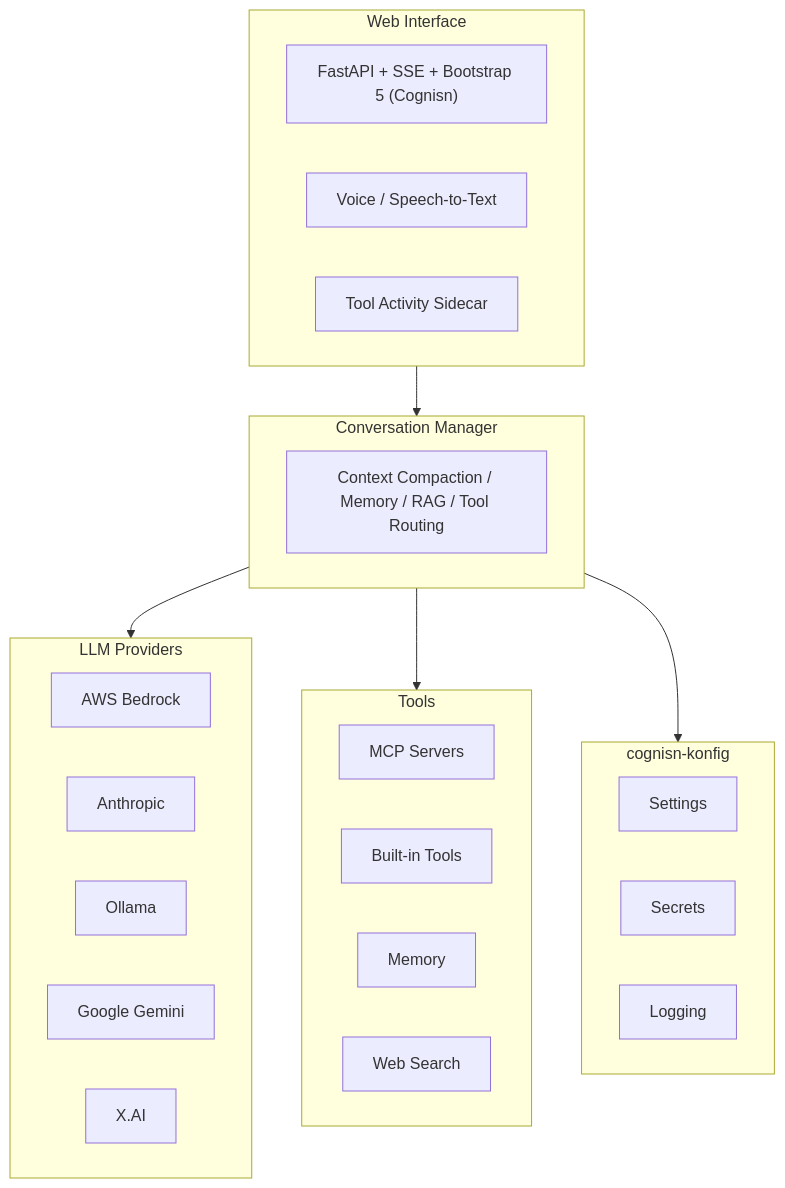
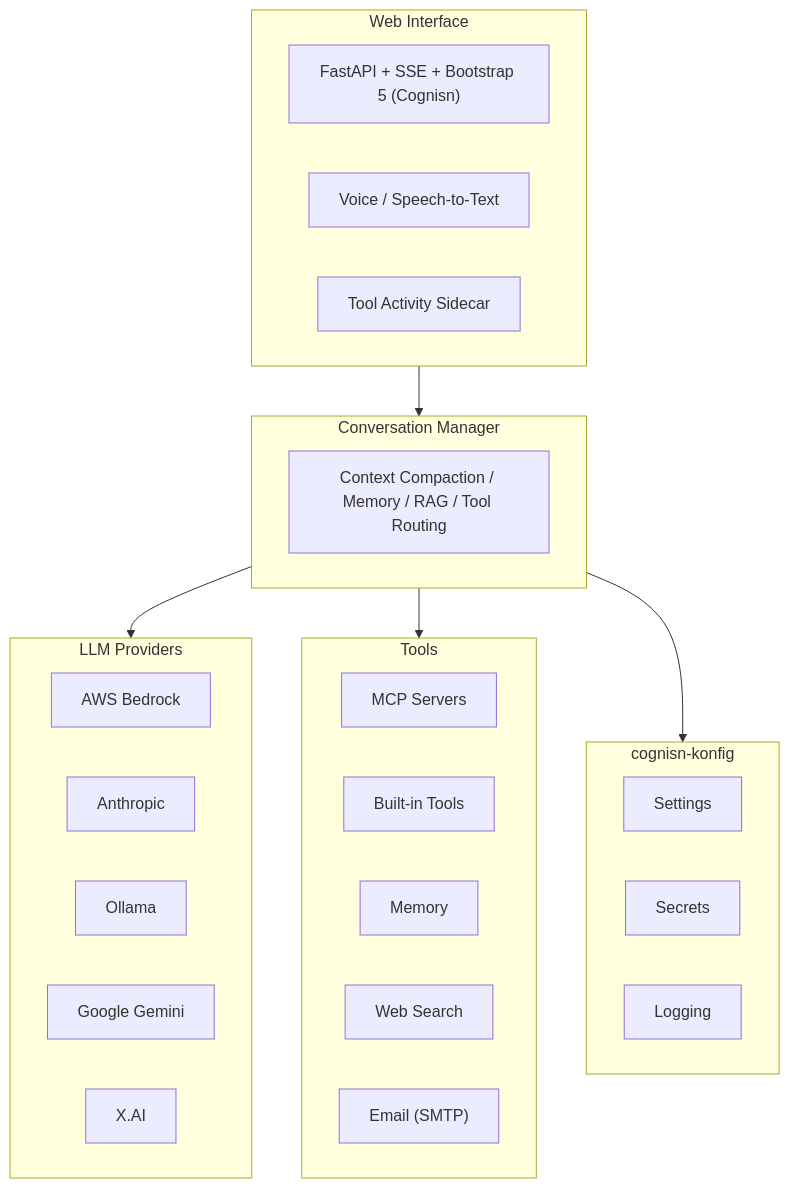
The diagram in README.md (Cognisn/spark), drawn with Mermaid before and after one commit. The commit also changed other lines of this file and 9 other files, not shown here.

First line of the commit message:
Add email tool with SMTP support, test connection, and draft mode

````diff
--- a/README.md
+++ b/README.md
@@ -113,38 +114,39 @@
 ```mermaid
 graph TB
     subgraph UI ["Web Interface"]
         FE["FastAPI + SSE + Bootstrap 5 (Cognisn)"]
         Voice["Voice / Speech-to-Text"]
         Sidecar["Tool Activity Sidecar"]
     end
 
     subgraph Core ["Conversation Manager"]
         CM["Context Compaction / Memory / RAG / Tool Routing"]
     end
 
     subgraph Providers ["LLM Providers"]
         Bedrock["AWS Bedrock"]
         Anthropic["Anthropic"]
         Ollama["Ollama"]
         Gemini["Google Gemini"]
         XAI["X.AI"]
     end
 
     subgraph Tools ["Tools"]
         MCP["MCP Servers"]
         Builtin["Built-in Tools"]
         Memory["Memory"]
         WebSearch["Web Search"]
+        EmailTool["Email (SMTP)"]
     end
 
     subgraph Foundation ["cognisn-konfig"]
         Settings["Settings"]
         Secrets["Secrets"]
         Logging["Logging"]
     end
 
     UI --> Core
     Core --> Providers
     Core --> Tools
     Core --> Foundation
 ```
````
